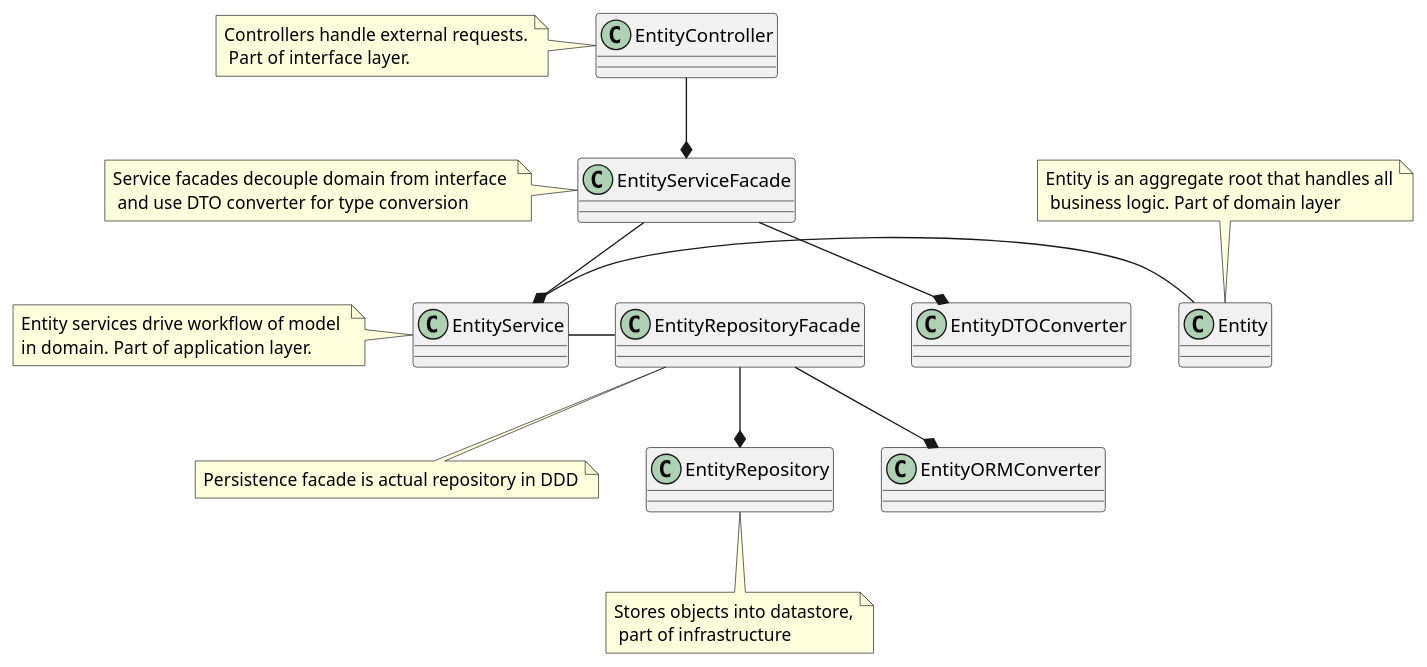
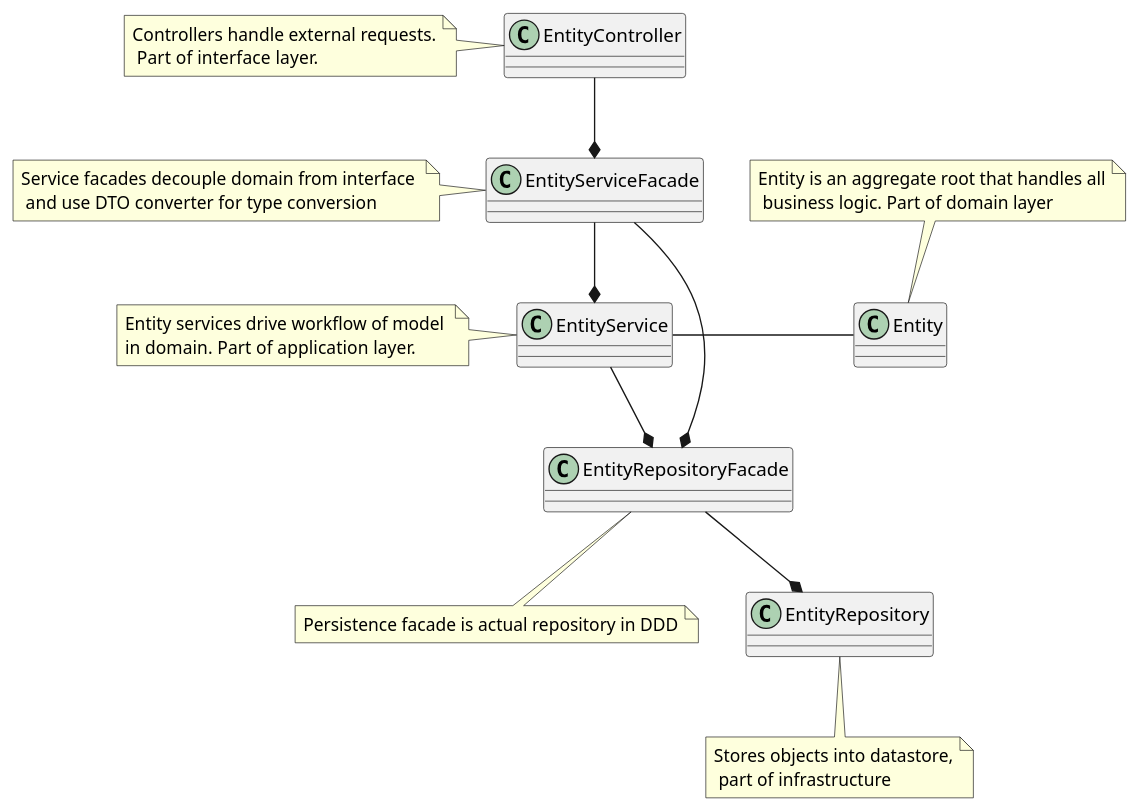
Before and after one commit to mmajcenic/infinum-task: the diagram in uml/ddd_class_diagram.puml, drawn with PlantUML. The commit also changed 39 other files, not shown here.

```diff
--- a/uml/ddd_class_diagram.puml
+++ b/uml/ddd_class_diagram.puml
@@ -1,29 +1,26 @@
 @startuml
 class EntityController
 note left: Controllers handle external requests.\n Part of interface layer.
 
 class EntityServiceFacade
 note left: Service facades decouple domain from interface \n and use DTO converter for type conversion
-
-class EntityDTOConverter
 
 class EntityService
 note left: Entity services drive workflow of model \nin domain. Part of application layer.
 
 class Entity
 note top: Entity is an aggregate root that handles all\n business logic. Part of domain layer
 
 class EntityRepositoryFacade
 note bottom: Persistence facade is actual repository in DDD
 
 class EntityRepository
 note bottom: Stores objects into datastore,\n part of infrastructure
 
 EntityController --* EntityServiceFacade
 EntityServiceFacade --* EntityService
-EntityServiceFacade --* EntityDTOConverter
+EntityServiceFacade --* EntityRepositoryFacade
 EntityService - Entity
-EntityService - EntityRepositoryFacade
-EntityRepositoryFacade --* EntityORMConverter
+EntityService --* EntityRepositoryFacade
 EntityRepositoryFacade --* EntityRepository
 @enduml
```
